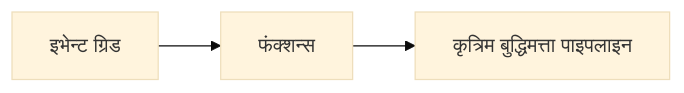
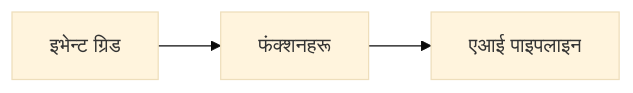
One commit to microsoft/AZD-for-beginners changed the second of 2 diagrams in translations/ne/docs/chapter-08-production/README.md. Above: the diagram before and after it, drawn with Mermaid (base theme). The commit also changed other lines of this file and 101 other files, not shown here.

````diff
--- a/translations/ne/docs/chapter-08-production/README.md
+++ b/translations/ne/docs/chapter-08-production/README.md
@@ -54,4 +56,4 @@
 ```mermaid
 graph LR
-    EventGrid[इभेन्ट ग्रिड] --> Functions[फंक्शन्स] --> Pipeline[कृत्रिम बुद्धिमत्ता पाइपलाइन]
+    EventGrid[इभेन्ट ग्रिड] --> Functions[फंक्शनहरू] --> Pipeline[एआई पाइपलाइन]
 ```
````
